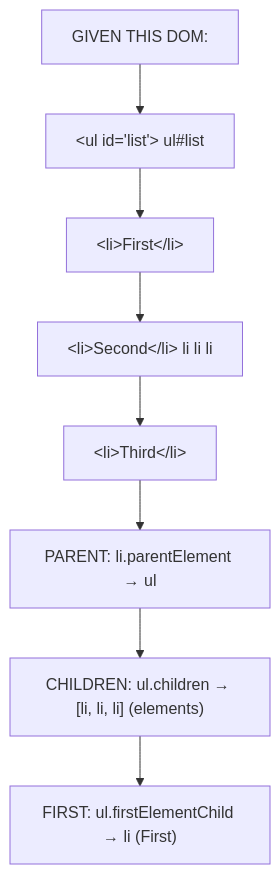
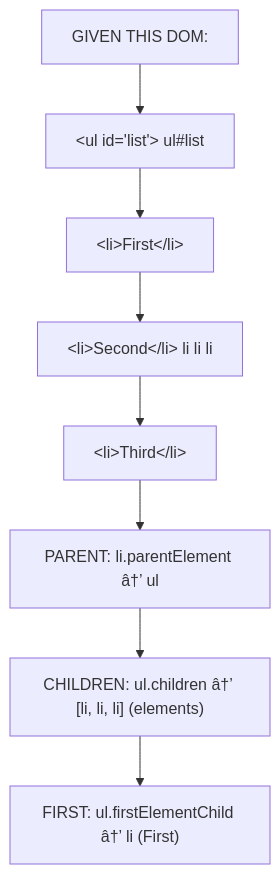
One commit to SaiHarsha502vvit/Daily-Prep changed the second of 8 diagrams in 16_JavaScript/05_JS_DOM_BrowserAPIs.md. Above: the diagram before and after it, drawn with Mermaid. The commit also changed other lines of this file and 256 other files, not shown here.

````diff
--- a/16_JavaScript/05_JS_DOM_BrowserAPIs.md
+++ b/16_JavaScript/05_JS_DOM_BrowserAPIs.md
@@ -169,18 +169,18 @@
 ```mermaid
 flowchart TD
     N1["GIVEN THIS DOM:"]
     N2["&lt;ul id='list'&gt; ul#list"]
     N3["&lt;li&gt;First&lt;/li&gt;"]
     N4["&lt;li&gt;Second&lt;/li&gt; li li li"]
     N5["&lt;li&gt;Third&lt;/li&gt;"]
-    N6["PARENT: li.parentElement → ul"]
-    N7["CHILDREN: ul.children → [li, li, li] (elements)"]
-    N8["FIRST: ul.firstElementChild → li (First)"]
+    N6["PARENT: li.parentElement â†’ ul"]
+    N7["CHILDREN: ul.children â†’ [li, li, li] (elements)"]
+    N8["FIRST: ul.firstElementChild â†’ li (First)"]
     N1 --> N2
     N2 --> N3
     N3 --> N4
     N4 --> N5
     N5 --> N6
     N6 --> N7
     N7 --> N8
 ```
````
